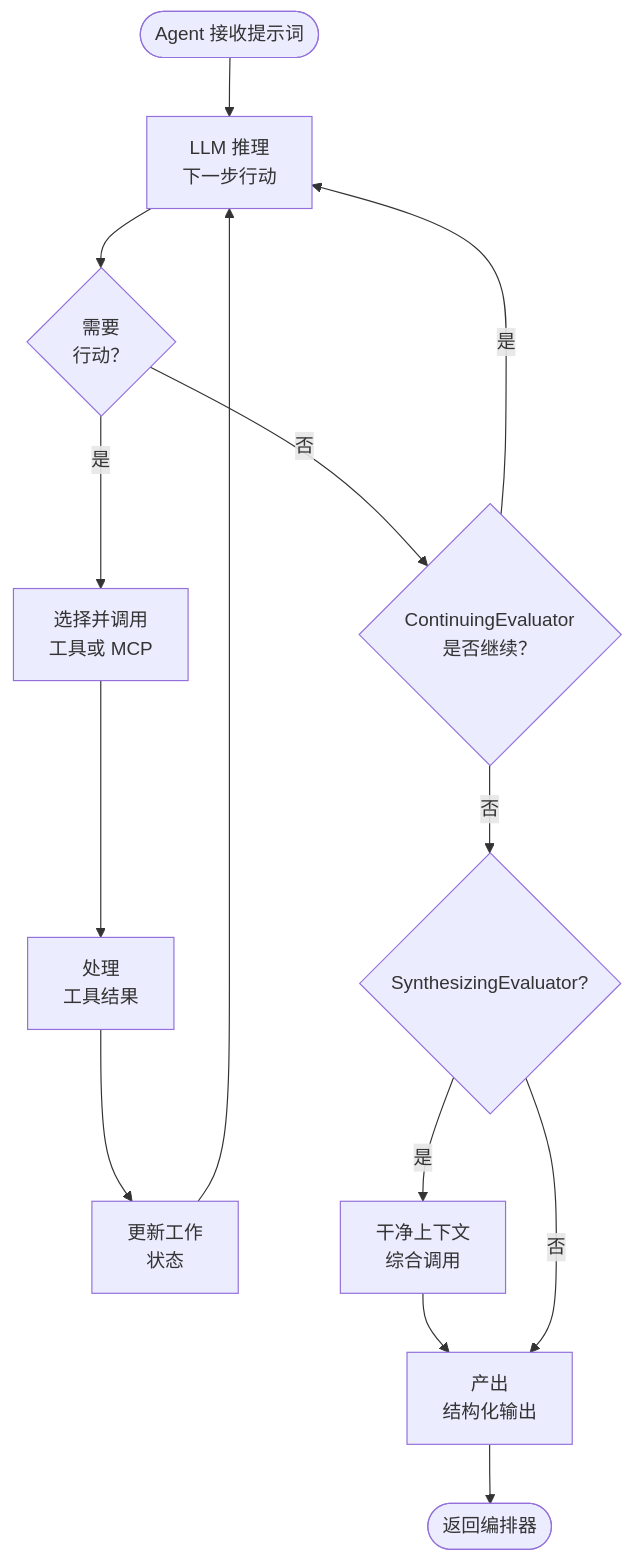
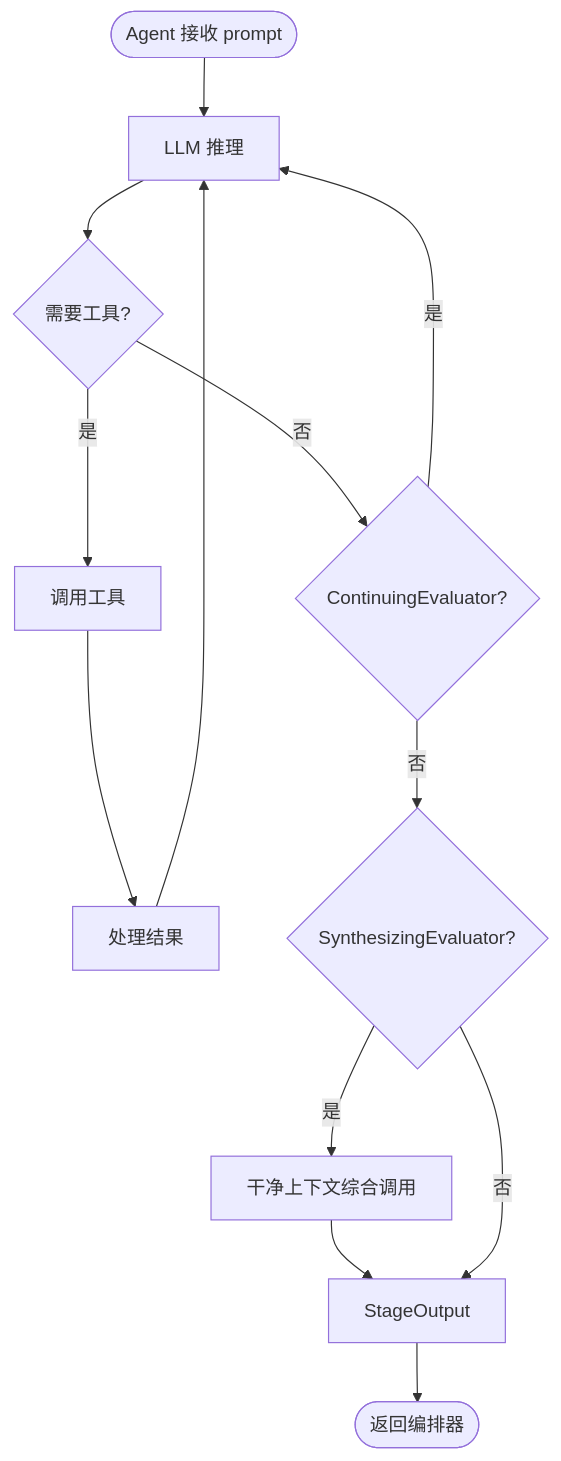
The third of 4 diagrams in docs/architecture.md (hanchaoqun/codrax), drawn with Mermaid before and after one commit. The commit also changed other lines of this file and 2 other files, not shown here.

````diff
--- a/docs/architecture.md
+++ b/docs/architecture.md
@@ -289,16 +162,15 @@
 ```mermaid
 graph TD
-    Start([Agent 接收提示词]) --> Think[LLM 推理<br/>下一步行动]
-    Think --> Decide{需要<br/>行动？}
-    Decide -->|是| Act[选择并调用<br/>工具或 MCP]
-    Act --> Observe[处理<br/>工具结果]
-    Observe --> Update[更新工作<br/>状态]
-    Update --> Think
-    Decide -->|否| SoftStop{ContinuingEvaluator<br/>是否继续？}
+    Start([Agent 接收 prompt]) --> Think[LLM 推理]
+    Think --> Decide{需要工具?}
+    Decide -->|是| Act[调用工具]
+    Act --> Observe[处理结果]
+    Observe --> Think
+    Decide -->|否| SoftStop{ContinuingEvaluator?}
     SoftStop -->|是| Think
     SoftStop -->|否| Synth{SynthesizingEvaluator?}
-    Synth -->|是| SynthCall[干净上下文<br/>综合调用]
+    Synth -->|是| SynthCall[干净上下文综合调用]
     SynthCall --> Output
-    Synth -->|否| Output[产出<br/>结构化输出]
+    Synth -->|否| Output[StageOutput]
     Output --> Done([返回编排器])
 ```
````
